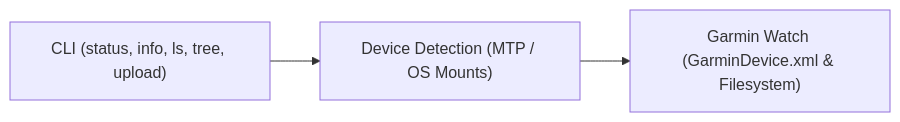
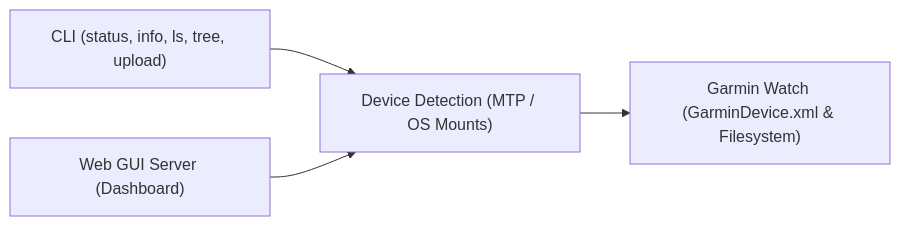
The diagram in specs/constitution.md (jvanheerikhuize/garmin-connector), drawn with Mermaid before and after one commit. The commit also changed other lines of this file and 4 other files, not shown here.

Commit message:
feat(specs): add web gui dashboard specification and ADR 0003

````diff
--- a/specs/constitution.md
+++ b/specs/constitution.md
@@ -64,4 +66,6 @@
 ```mermaid
 flowchart LR
-    CLI["CLI (status, info, ls, tree, upload)"] --> Detector["Device Detection (MTP / OS Mounts)"] --> Watch["Garmin Watch (GarminDevice.xml & Filesystem)"]
+    CLI["CLI (status, info, ls, tree, upload)"] --> Detector["Device Detection (MTP / OS Mounts)"]
+    Web["Web GUI Server (Dashboard)"] --> Detector
+    Detector --> Watch["Garmin Watch (GarminDevice.xml & Filesystem)"]
 ```
````
